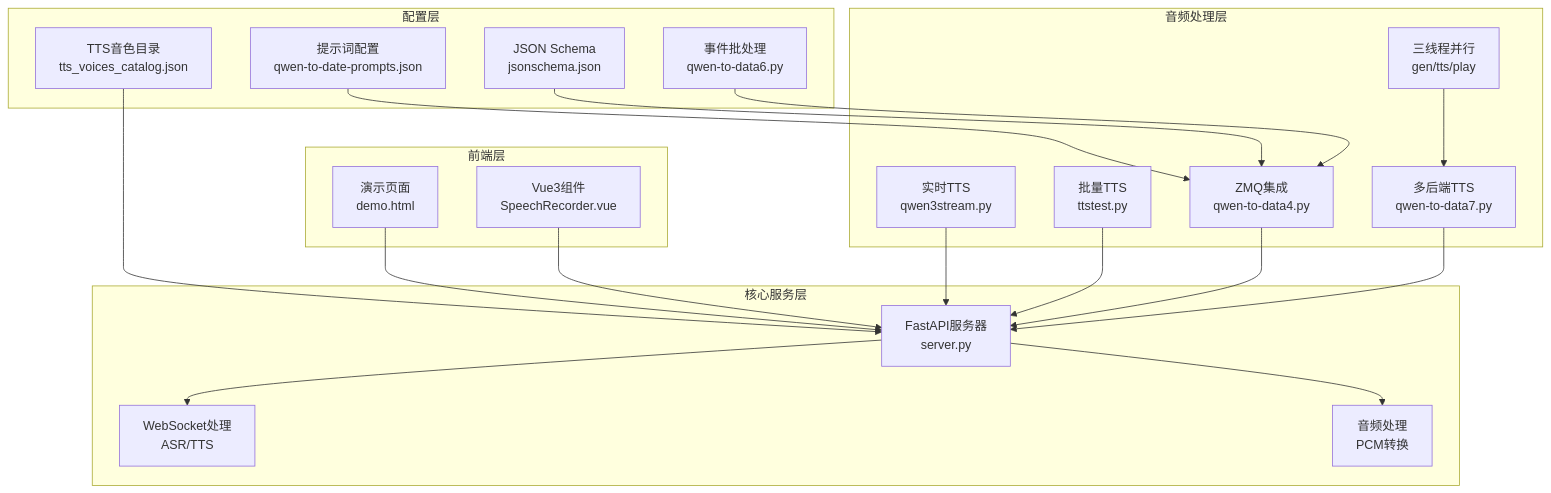
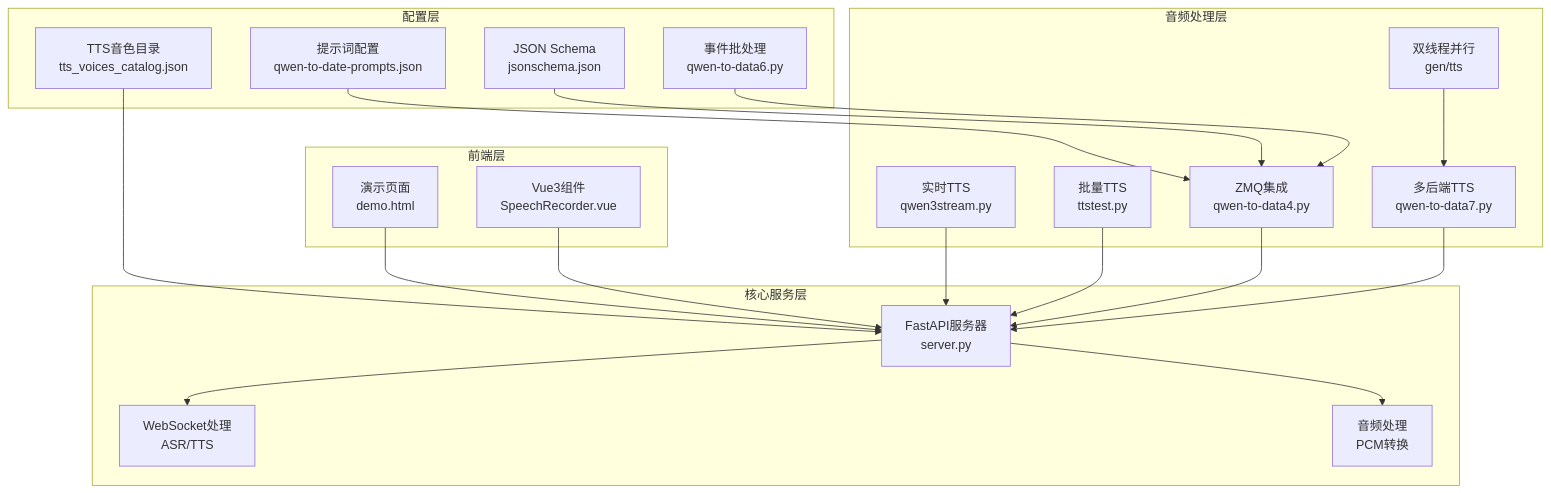
One commit to 1024dashen/Vue3Speech changed the first of 13 diagrams in .qoder/repowiki/zh/content/语音合成服务/实时TTS合成.md. Above: the diagram before and after it, drawn with Mermaid. The commit also changed other lines of this file and 13 other files, not shown here.

````diff
--- a/.qoder/repowiki/zh/content/语音合成服务/实时TTS合成.md
+++ b/.qoder/repowiki/zh/content/语音合成服务/实时TTS合成.md
@@ -63,38 +62,38 @@
 ```mermaid
 graph TB
 subgraph "核心服务层"
 A[FastAPI服务器<br/>server.py]
 B[WebSocket处理<br/>ASR/TTS]
 C[音频处理<br/>PCM转换]
 end
 subgraph "前端层"
 D[演示页面<br/>demo.html]
 E[Vue3组件<br/>SpeechRecorder.vue]
 end
 subgraph "音频处理层"
 F[实时TTS<br/>qwen3stream.py]
 G[批量TTS<br/>ttstest.py]
 H[ZMQ集成<br/>qwen-to-data4.py]
 I[多后端TTS<br/>qwen-to-data7.py]
-J[三线程并行<br/>gen/tts/play]
+J[双线程并行<br/>gen/tts]
 end
 subgraph "配置层"
 K[TTS音色目录<br/>tts_voices_catalog.json]
 L[提示词配置<br/>qwen-to-date-prompts.json]
 M[JSON Schema<br/>jsonschema.json]
 N[事件批处理<br/>qwen-to-data6.py]
 end
 A --> B
 A --> C
 D --> A
 E --> A
 F --> A
 G --> A
 H --> A
 I --> A
 J --> I
 K --> A
 L --> H
 M --> H
 N --> H
 ```
````
